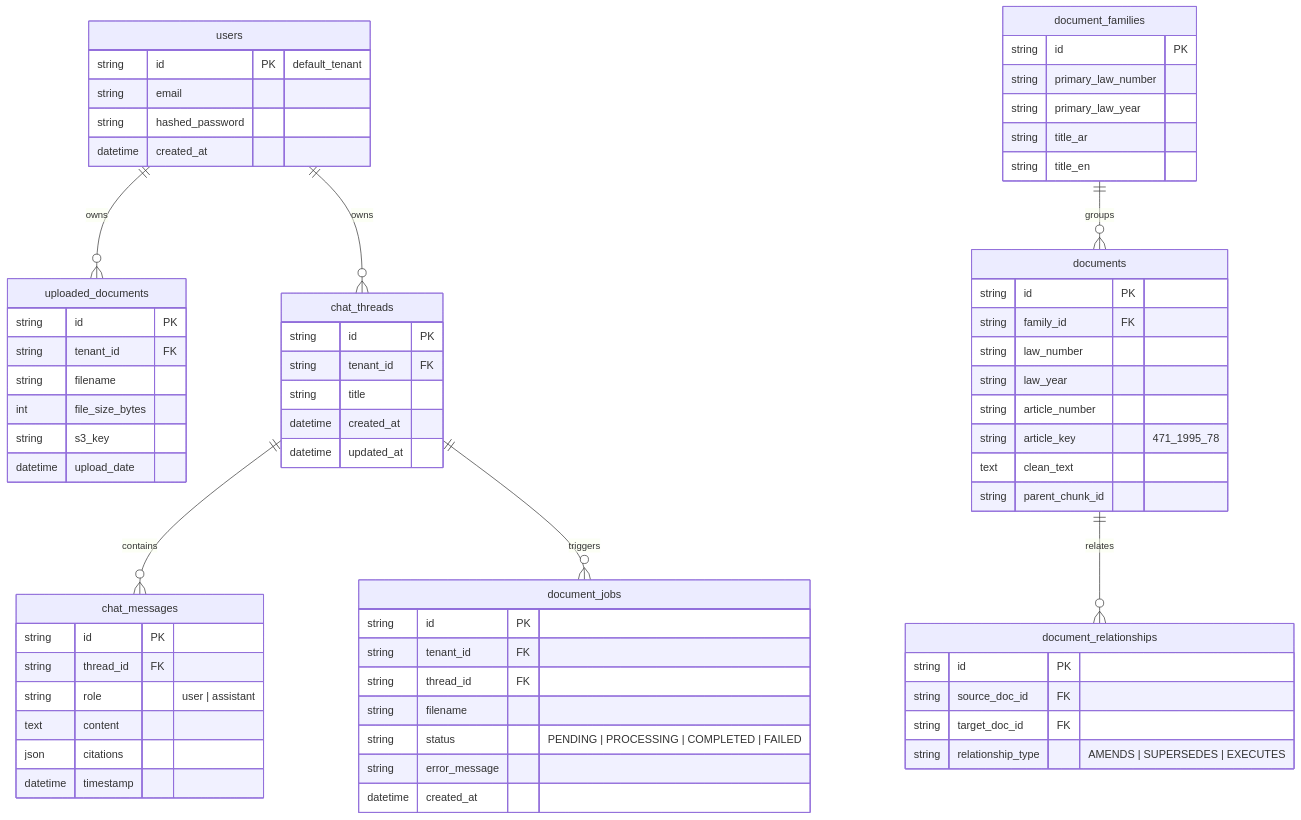
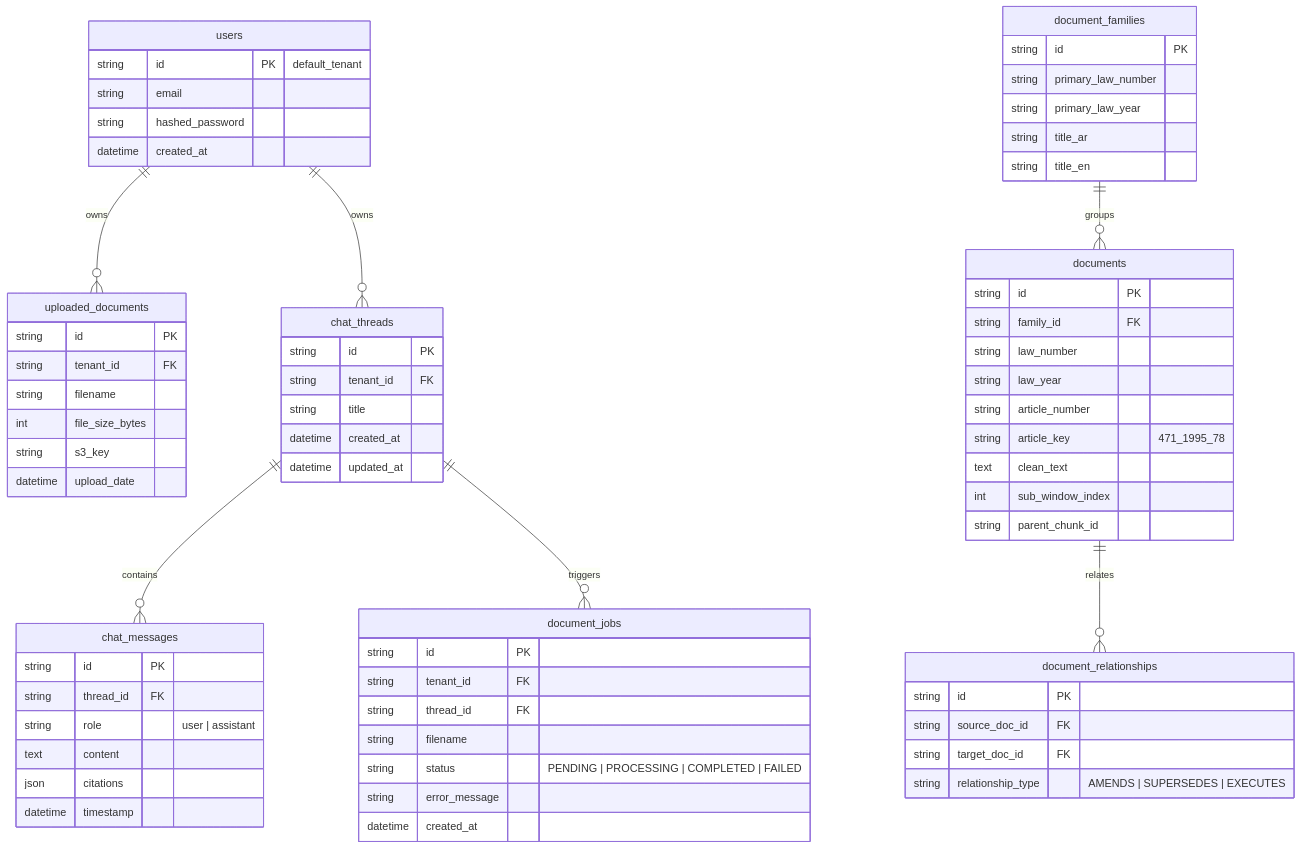
Before and after one commit to mtoqeerzafar/Nomos-AI: the diagram in project_documentation/diagrams/Database_Design.md, drawn with Mermaid. The commit also changed other lines of this file and 34 other files, not shown here.

````diff
--- a/project_documentation/diagrams/Database_Design.md
+++ b/project_documentation/diagrams/Database_Design.md
@@ -7,78 +7,79 @@
 ```mermaid
 erDiagram
     users ||--o{ uploaded_documents : owns
     users ||--o{ chat_threads : owns
     chat_threads ||--o{ chat_messages : contains
     chat_threads ||--o{ document_jobs : triggers
     document_families ||--o{ documents : groups
     documents ||--o{ document_relationships : relates
 
     users {
         string id PK "default_tenant"
         string email
         string hashed_password
         datetime created_at
     }
 
     uploaded_documents {
         string id PK
         string tenant_id FK
         string filename
         int file_size_bytes
         string s3_key
         datetime upload_date
     }
 
     chat_threads {
         string id PK
         string tenant_id FK
         string title
         datetime created_at
         datetime updated_at
     }
 
     chat_messages {
         string id PK
         string thread_id FK
         string role "user | assistant"
         text content
         json citations
         datetime timestamp
     }
 
     document_jobs {
         string id PK
         string tenant_id FK
         string thread_id FK
         string filename
         string status "PENDING | PROCESSING | COMPLETED | FAILED"
         string error_message
         datetime created_at
     }
 
     document_families {
         string id PK
         string primary_law_number
         string primary_law_year
         string title_ar
         string title_en
     }
 
     documents {
         string id PK
         string family_id FK
         string law_number
         string law_year
         string article_number
         string article_key "471_1995_78"
         text clean_text
+        int sub_window_index
         string parent_chunk_id
     }
 
     document_relationships {
         string id PK
         string source_doc_id FK
         string target_doc_id FK
         string relationship_type "AMENDS | SUPERSEDES | EXECUTES"
     }
 ```
````
